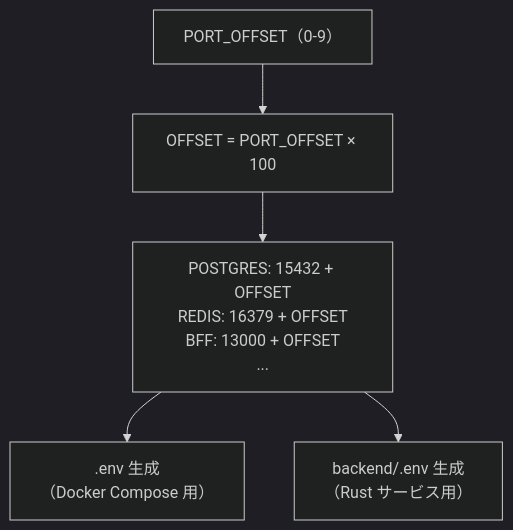
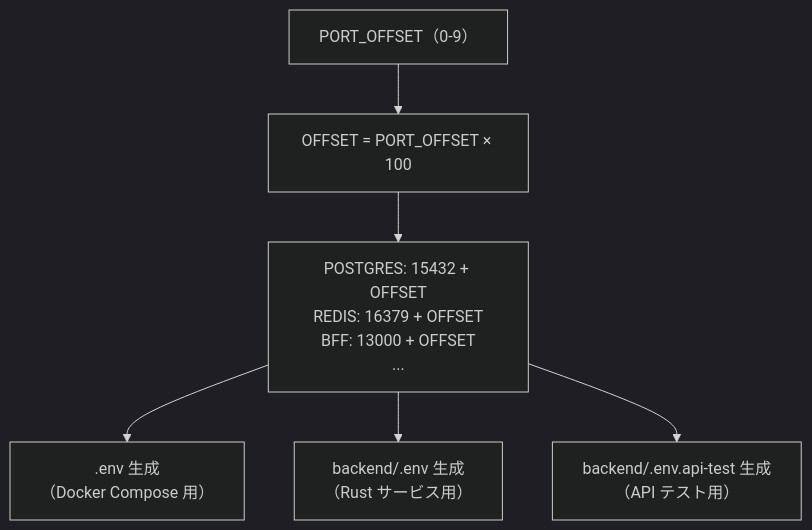
One commit to ka2kama/ringiflow changed the fifth of 7 diagrams in docs/07_実装解説/03_並行開発環境/02_並行開発環境_コード解説.md. Above: the diagram before and after it, drawn with Mermaid (dark theme). The commit also changed other lines of this file and 14 other files, not shown here.

````diff
--- a/docs/07_実装解説/03_並行開発環境/02_並行開発環境_コード解説.md
+++ b/docs/07_実装解説/03_並行開発環境/02_並行開発環境_コード解説.md
@@ -128,7 +215,8 @@
 ```mermaid
 flowchart TB
     Input["PORT_OFFSET（0-9）"] --> Calc["OFFSET = PORT_OFFSET × 100"]
     Calc --> Ports["POSTGRES: 15432 + OFFSET<br/>REDIS: 16379 + OFFSET<br/>BFF: 13000 + OFFSET<br/>..."]
     Ports --> Root[".env 生成<br/>（Docker Compose 用）"]
     Ports --> Backend["backend/.env 生成<br/>（Rust サービス用）"]
+    Ports --> ApiTest["backend/.env.api-test 生成<br/>（API テスト用）"]
 ```
````
